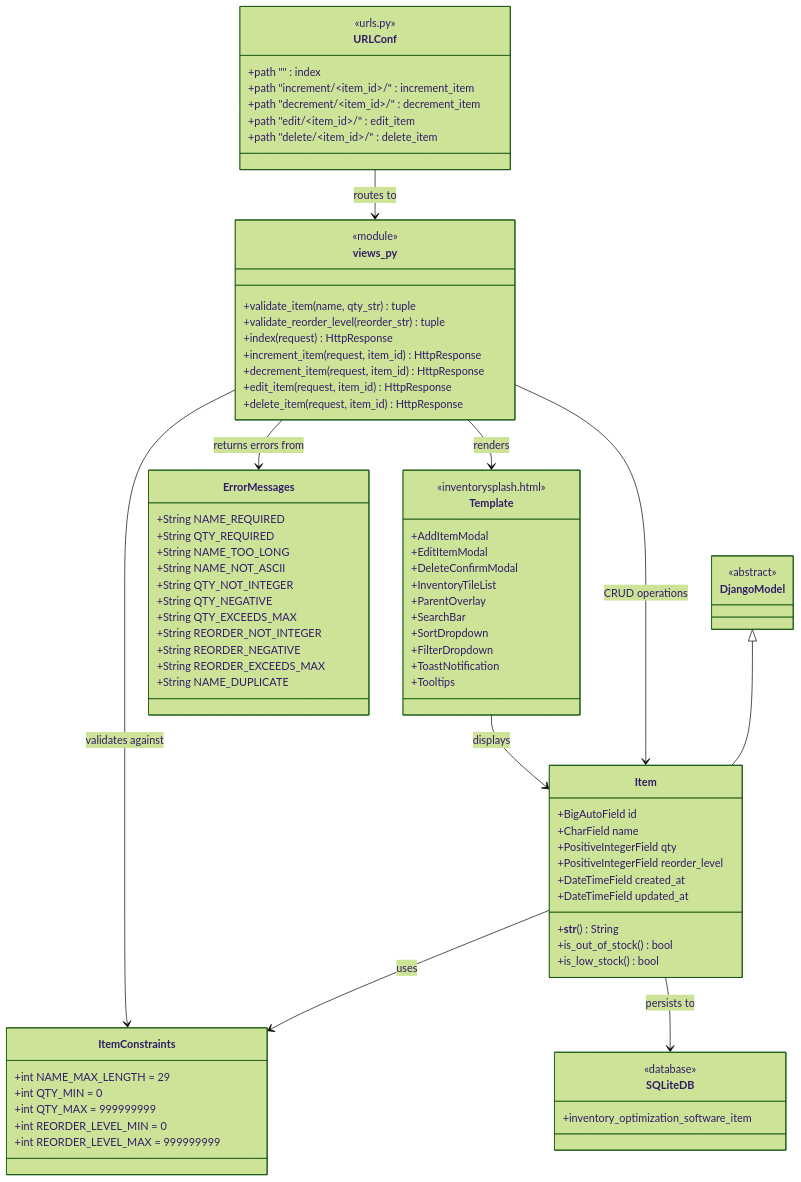
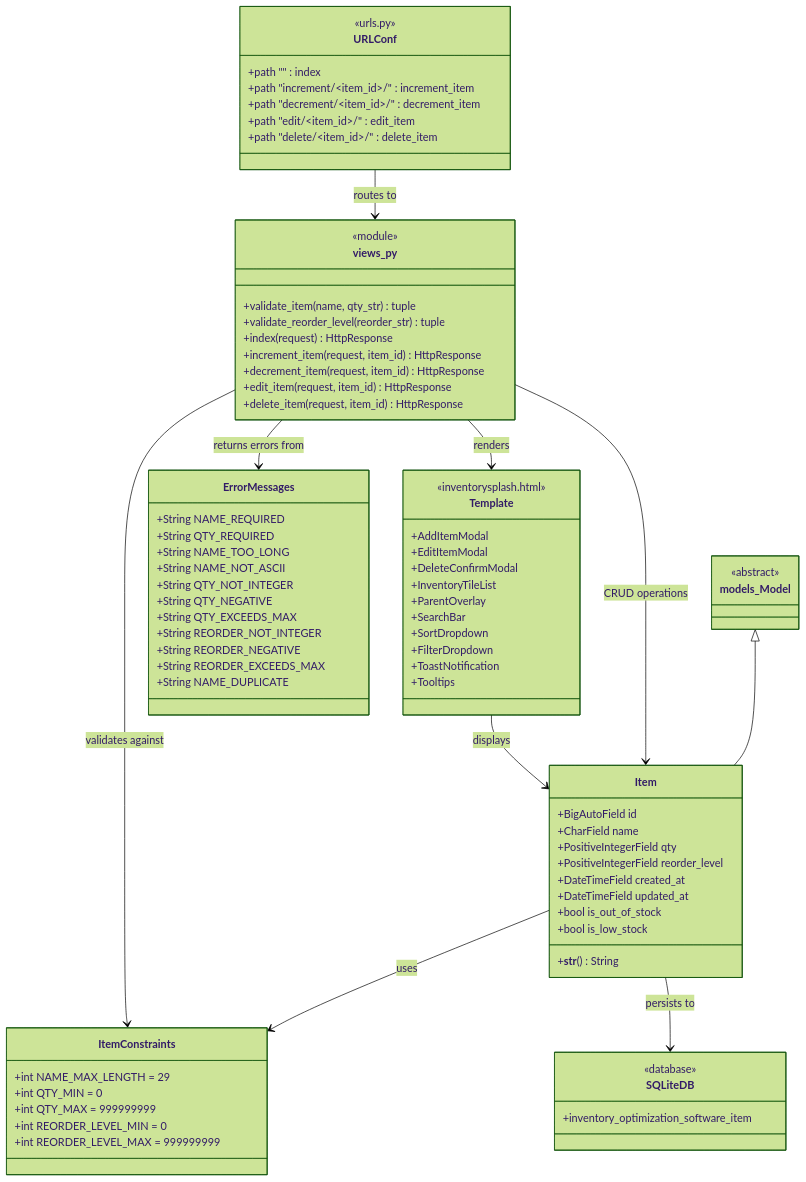
Before and after one commit to jmtoniolo/w26-se-project: the third of 4 diagrams in diagrams/class-diagrams.md, drawn with Mermaid (forest theme). The commit also changed other lines of this file, not shown here.

Commit message:
more diagram fix

```diff
--- a/diagrams/class-diagrams.md
+++ b/diagrams/class-diagrams.md
@@ -108,7 +108,7 @@
 classDiagram
     direction TB
 
-    class DjangoModel {
+    class models_Model {
         <<abstract>>
     }
 
@@ -119,9 +119,9 @@
         +PositiveIntegerField reorder_level
         +DateTimeField created_at
         +DateTimeField updated_at
+        +bool is_out_of_stock
+        +bool is_low_stock
         +__str__() String
-        +is_out_of_stock() bool
-        +is_low_stock() bool
     }
 
     class ItemConstraints {
@@ -185,7 +185,7 @@
         +inventory_optimization_software_item
     }
 
-    DjangoModel <|-- Item
+    models_Model <|-- Item
     Item --> ItemConstraints : uses
     views_py --> Item : CRUD operations
     views_py --> ItemConstraints : validates against
```
